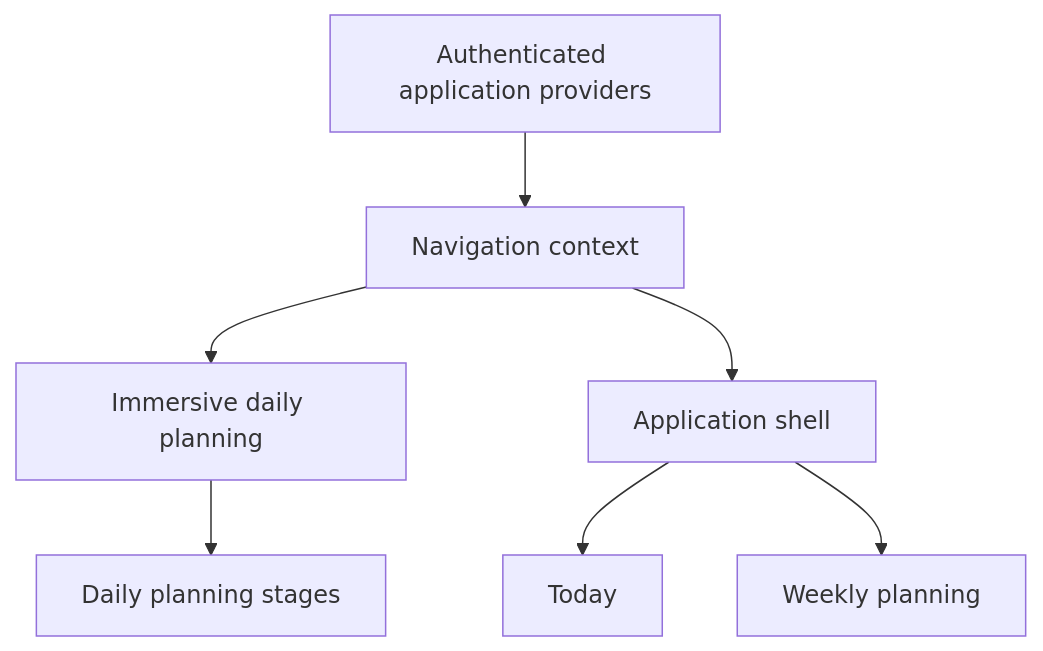
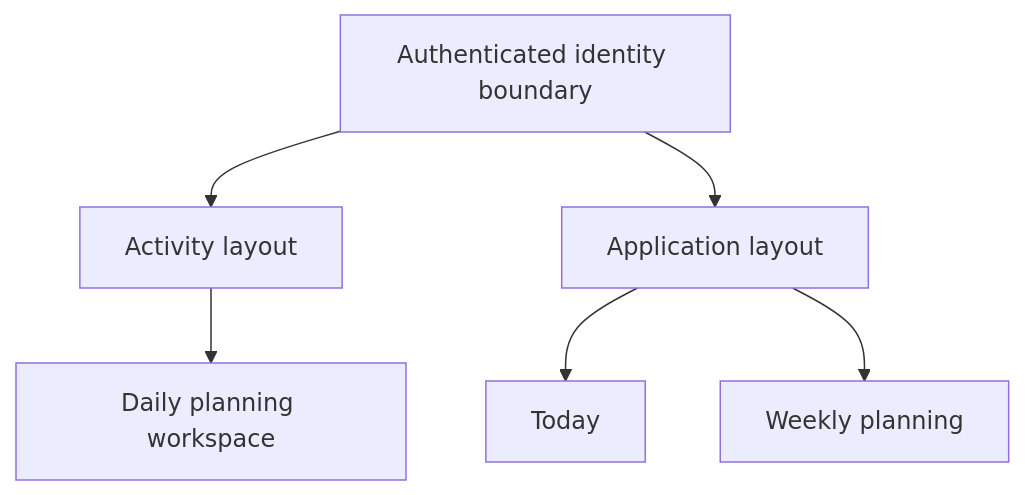
Before and after one commit to TheHypertextStudio/athena-web: the first of 2 diagrams in docs/engineering/specs/daily-planning.md, drawn with Mermaid. The commit also changed other lines of this file and 153 other files, not shown here.

First line of the commit message:
fix(planning): Move daily planning into a separate activity

````diff
--- a/docs/engineering/specs/daily-planning.md
+++ b/docs/engineering/specs/daily-planning.md
@@ -9,9 +13,8 @@
 ```mermaid
 flowchart TB
-    Providers[Authenticated application providers] --> Navigation[Navigation context]
-    Navigation --> Daily[Immersive daily planning]
-    Navigation --> App[Application shell]
-    Daily --> Stages[Daily planning stages]
+    Identity[Authenticated identity boundary] --> Activity[Activity layout]
+    Identity --> App[Application layout]
+    Activity --> Daily[Daily planning workspace]
     App --> Today[Today]
     App --> Weekly[Weekly planning]
 ```
````
